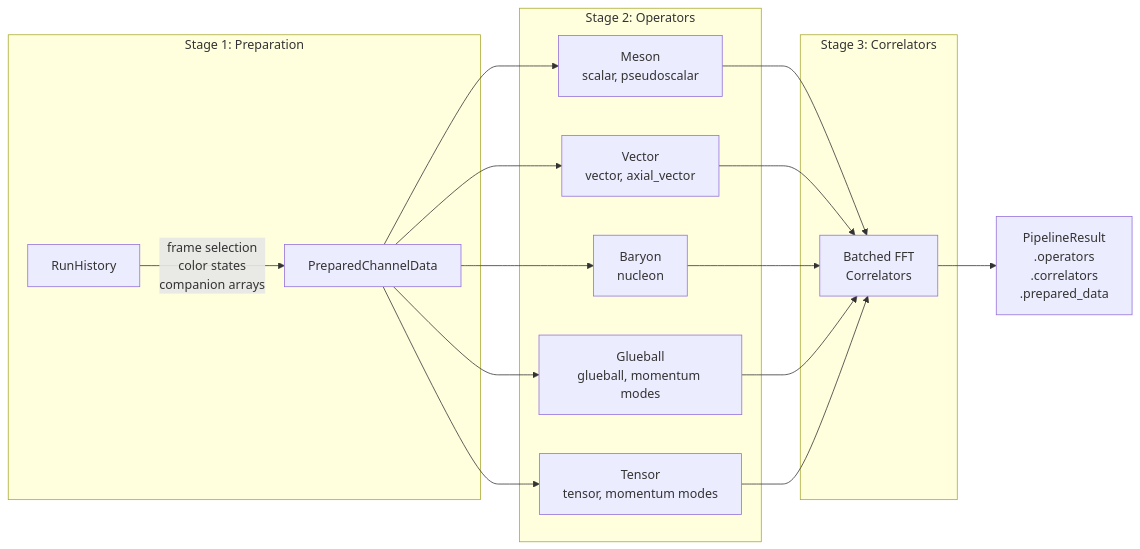
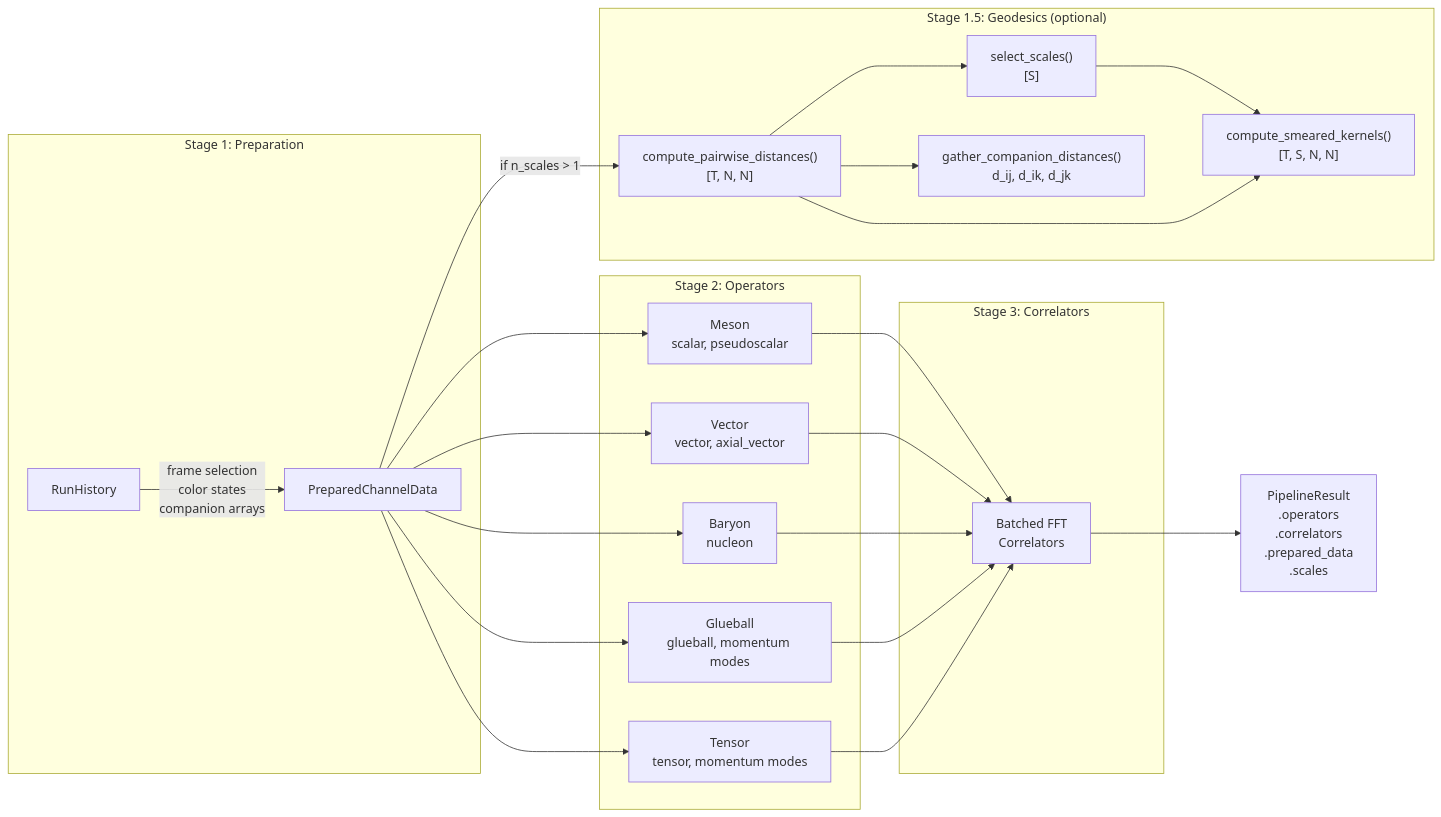
Before and after one commit to FragileTech/fragile: the second of 9 diagrams in src/fragile/physics/operators/ARCHITECTURE.md, drawn with Mermaid. The commit also changed other lines of this file and 60 other files, not shown here.

````diff
--- a/src/fragile/physics/operators/ARCHITECTURE.md
+++ b/src/fragile/physics/operators/ARCHITECTURE.md
@@ -53,21 +58,28 @@
 ```mermaid
 flowchart LR
     subgraph Stage1["Stage 1: Preparation"]
         RH["RunHistory"] -->|"frame selection\ncolor states\ncompanion arrays"| PCD["PreparedChannelData"]
+    end
+    subgraph Stage15["Stage 1.5: Geodesics (optional)"]
+        PCD -->|"if n_scales > 1"| DIST["compute_pairwise_distances()\n[T, N, N]"]
+        DIST --> SCALES["select_scales()\n[S]"]
+        DIST --> CDIST["gather_companion_distances()\nd_ij, d_ik, d_jk"]
+        SCALES --> KERN["compute_smeared_kernels()\n[T, S, N, N]"]
+        DIST --> KERN
     end
     subgraph Stage2["Stage 2: Operators"]
         PCD --> M["Meson\nscalar, pseudoscalar"]
         PCD --> V["Vector\nvector, axial_vector"]
         PCD --> B["Baryon\nnucleon"]
         PCD --> GB["Glueball\nglueball, momentum modes"]
         PCD --> T["Tensor\ntensor, momentum modes"]
     end
     subgraph Stage3["Stage 3: Correlators"]
         M --> CORR["Batched FFT\nCorrelators"]
         V --> CORR
         B --> CORR
         GB --> CORR
         T --> CORR
     end
-    CORR --> RES["PipelineResult\n.operators\n.correlators\n.prepared_data"]
+    CORR --> RES["PipelineResult\n.operators\n.correlators\n.prepared_data\n.scales"]
 ```
````
